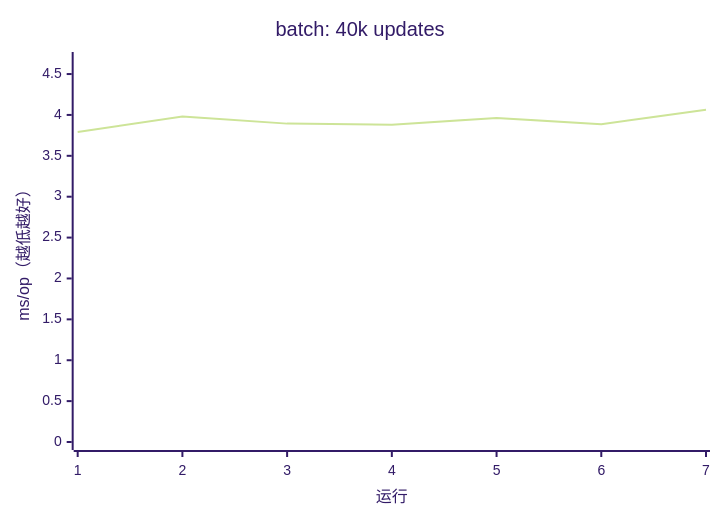
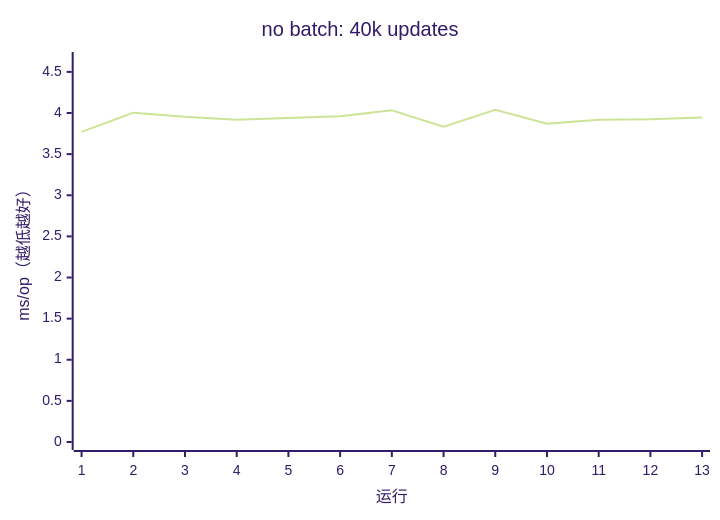
The tenth of 17 diagrams in apps/docs/src/content/docs/guides/benchmark.mdx (AIluffy/io), drawn with Mermaid (forest theme) before and after one commit. The commit also changed other lines of this file and 11 other files, not shown here.

````diff
--- a/apps/docs/src/content/docs/guides/benchmark.mdx
+++ b/apps/docs/src/content/docs/guides/benchmark.mdx
@@ -224,7 +311,7 @@
 ```mermaid
 xychart-beta
-  title "batch: 40k updates"
-  x-axis "运行" [1, 2, 3, 4, 5, 6, 7]
-  y-axis "ms/op（越低越好）" 0 --> 4.6718
-  line [3.7899, 3.981, 3.8937, 3.8797, 3.9636, 3.8868, 4.0624]
+  title "no batch: 40k updates"
+  x-axis "运行" [1, 2, 3, 4, 5, 6, 7, 8, 9, 10, 11, 12, 13]
+  y-axis "ms/op（越低越好）" 0 --> 4.6446
+  line [3.7705, 4.0045, 3.9537, 3.919, 3.9399, 3.9601, 4.0328, 3.8328, 4.0388, 3.8705, 3.9188, 3.9234, 3.9458]
 ```
````
